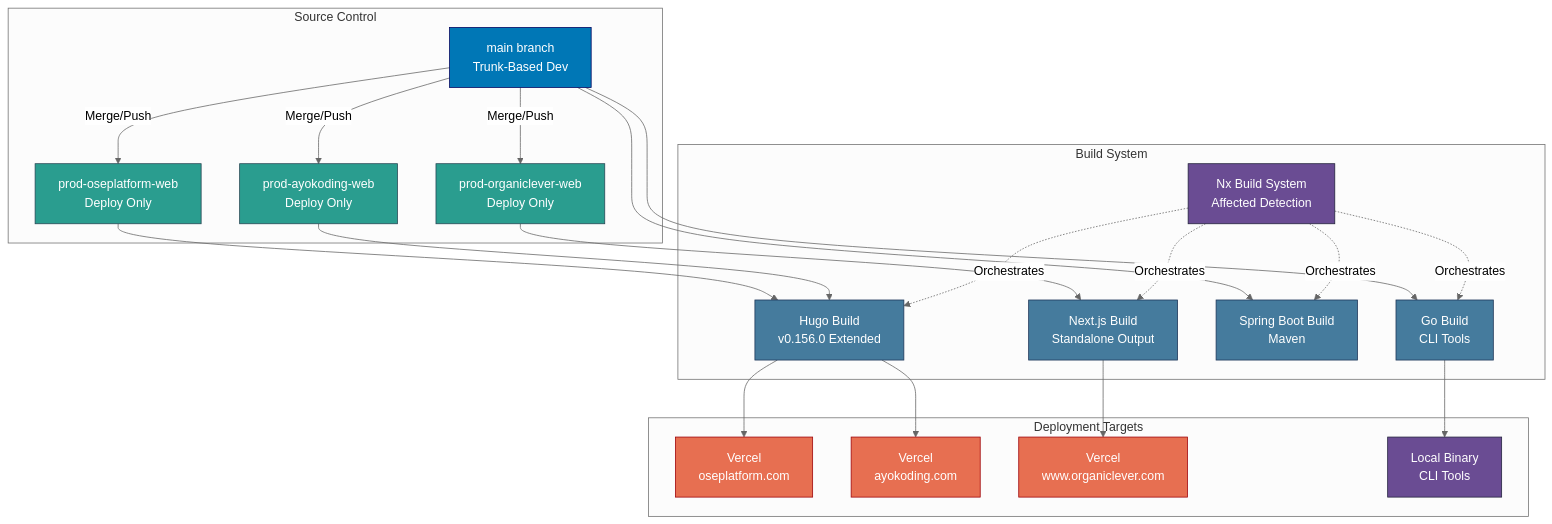
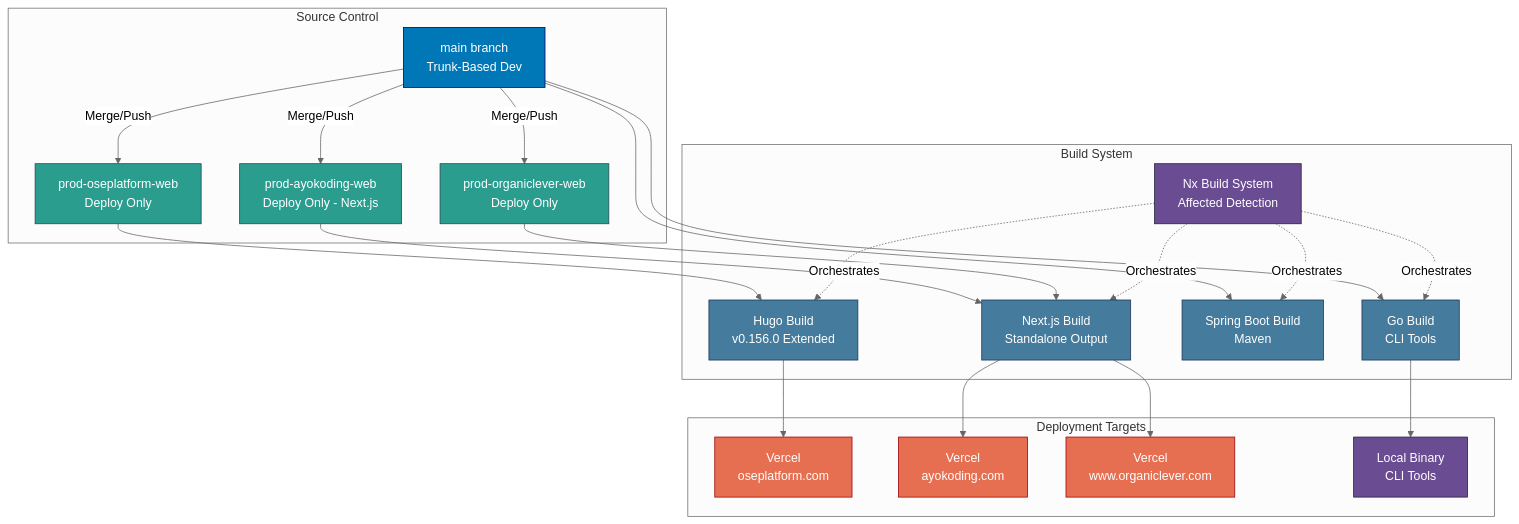
Before and after one commit to wahidyankf/open-sharia-enterprise: the diagram in docs/reference/system-architecture/re-syar__deployment.md, drawn with Mermaid (neutral theme). The commit also changed other lines of this file and 299 other files, not shown here.

First line of the commit message:
refactor(ayokoding-web): migrate from Hugo to Next.js, archive v1, rename v2 to primary

````diff
--- a/docs/reference/system-architecture/re-syar__deployment.md
+++ b/docs/reference/system-architecture/re-syar__deployment.md
@@ -19,58 +19,58 @@
 ```mermaid
 graph TB
     subgraph "Source Control"
         MAIN[main branch<br/>Trunk-Based Dev]
         PROD_OSE[prod-oseplatform-web<br/>Deploy Only]
-        PROD_AYO[prod-ayokoding-web<br/>Deploy Only]
+        PROD_AYO[prod-ayokoding-web<br/>Deploy Only - Next.js]
         PROD_OL[prod-organiclever-web<br/>Deploy Only]
     end
 
     subgraph "Build System"
         NX_BUILD[Nx Build System<br/>Affected Detection]
         HUGO_BUILD[Hugo Build<br/>v0.156.0 Extended]
         NEXT_BUILD[Next.js Build<br/>Standalone Output]
         SPRING_BUILD[Spring Boot Build<br/>Maven]
         GO_BUILD[Go Build<br/>CLI Tools]
     end
 
     subgraph "Deployment Targets"
         VERCEL_OSE[Vercel<br/>oseplatform.com]
         VERCEL_AYO[Vercel<br/>ayokoding.com]
         VERCEL_OL[Vercel<br/>www.organiclever.com]
         LOCAL[Local Binary<br/>CLI Tools]
     end
 
     MAIN -->|Merge/Push| PROD_OSE
     MAIN -->|Merge/Push| PROD_AYO
     MAIN -->|Merge/Push| PROD_OL
 
     PROD_OSE --> HUGO_BUILD
-    PROD_AYO --> HUGO_BUILD
+    PROD_AYO --> NEXT_BUILD
     PROD_OL --> NEXT_BUILD
     MAIN --> GO_BUILD
     MAIN --> SPRING_BUILD
 
     HUGO_BUILD --> VERCEL_OSE
-    HUGO_BUILD --> VERCEL_AYO
+    NEXT_BUILD --> VERCEL_AYO
     NEXT_BUILD --> VERCEL_OL
     GO_BUILD --> LOCAL
 
     NX_BUILD -.->|Orchestrates| HUGO_BUILD
     NX_BUILD -.->|Orchestrates| NEXT_BUILD
     NX_BUILD -.->|Orchestrates| SPRING_BUILD
     NX_BUILD -.->|Orchestrates| GO_BUILD
 
     style MAIN fill:#0077b6,stroke:#03045e,color:#ffffff
     style PROD_OSE fill:#2a9d8f,stroke:#264653,color:#ffffff
     style PROD_AYO fill:#2a9d8f,stroke:#264653,color:#ffffff
     style PROD_OL fill:#2a9d8f,stroke:#264653,color:#ffffff
     style NX_BUILD fill:#6a4c93,stroke:#22223b,color:#ffffff
     style HUGO_BUILD fill:#457b9d,stroke:#1d3557,color:#ffffff
     style NEXT_BUILD fill:#457b9d,stroke:#1d3557,color:#ffffff
     style SPRING_BUILD fill:#457b9d,stroke:#1d3557,color:#ffffff
     style GO_BUILD fill:#457b9d,stroke:#1d3557,color:#ffffff
     style VERCEL_OSE fill:#e76f51,stroke:#9d0208,color:#ffffff
     style VERCEL_AYO fill:#e76f51,stroke:#9d0208,color:#ffffff
     style VERCEL_OL fill:#e76f51,stroke:#9d0208,color:#ffffff
     style LOCAL fill:#6a4c93,stroke:#22223b,color:#ffffff
 ```
````
